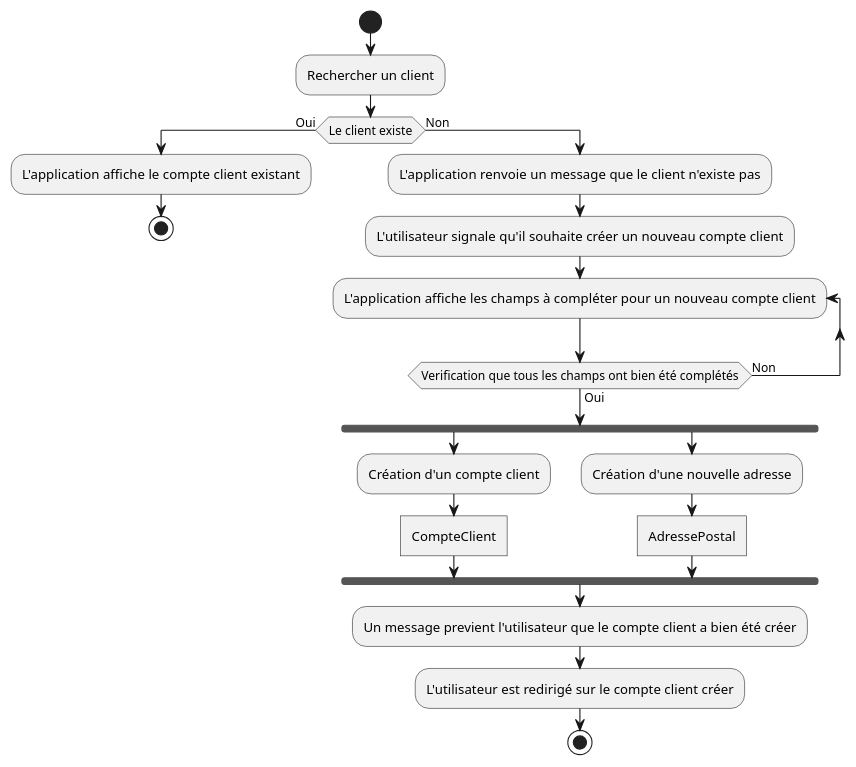
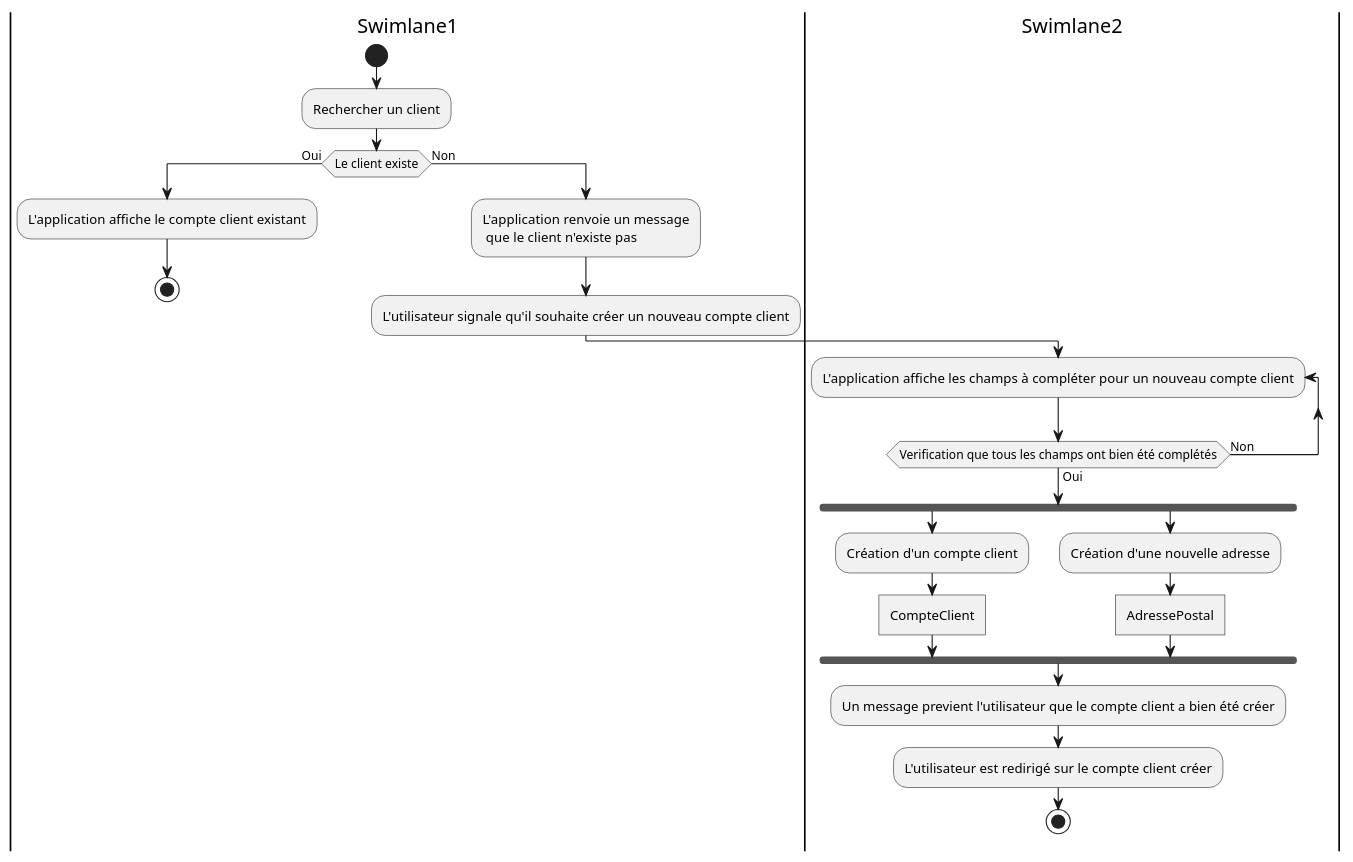
One commit to Bluwen/Conception_d_une_application_informatique changed the diagram in Cas_activite/DA_Creation_Compte_Client.puml. Above: the diagram before and after it, drawn with PlantUML.

Commit message:
Avancement sur DA creation compte client

```diff
--- a/Cas_activite/DA_Creation_Compte_Client.puml
+++ b/Cas_activite/DA_Creation_Compte_Client.puml
@@ -1,30 +1,31 @@
 @startuml création compte client da
+|Swimlane1|
+start
 
-start
 
 :Rechercher un client;
 
 if (Le client existe) then (Oui)
     :L'application affiche le compte client existant;
     stop
 else (Non)
-    :L'application renvoie un message que le client n'existe pas;
+    :L'application renvoie un message\n que le client n'existe pas;
 
 :L'utilisateur signale qu'il souhaite créer un nouveau compte client;
-
+|Swimlane2|
 repeat :L'application affiche les champs à compléter pour un nouveau compte client;
 repeat while (Verification que tous les champs ont bien été complétés) is (Non) not (Oui)
 
 fork
     :Création d'un compte client;
     :CompteClient]
 
 fork again
     :Création d'une nouvelle adresse;
     :AdressePostal]
 end fork
 :Un message previent l'utilisateur que le compte client a bien été créer;
 :L'utilisateur est redirigé sur le compte client créer;
 
 stop
 @enduml
```
